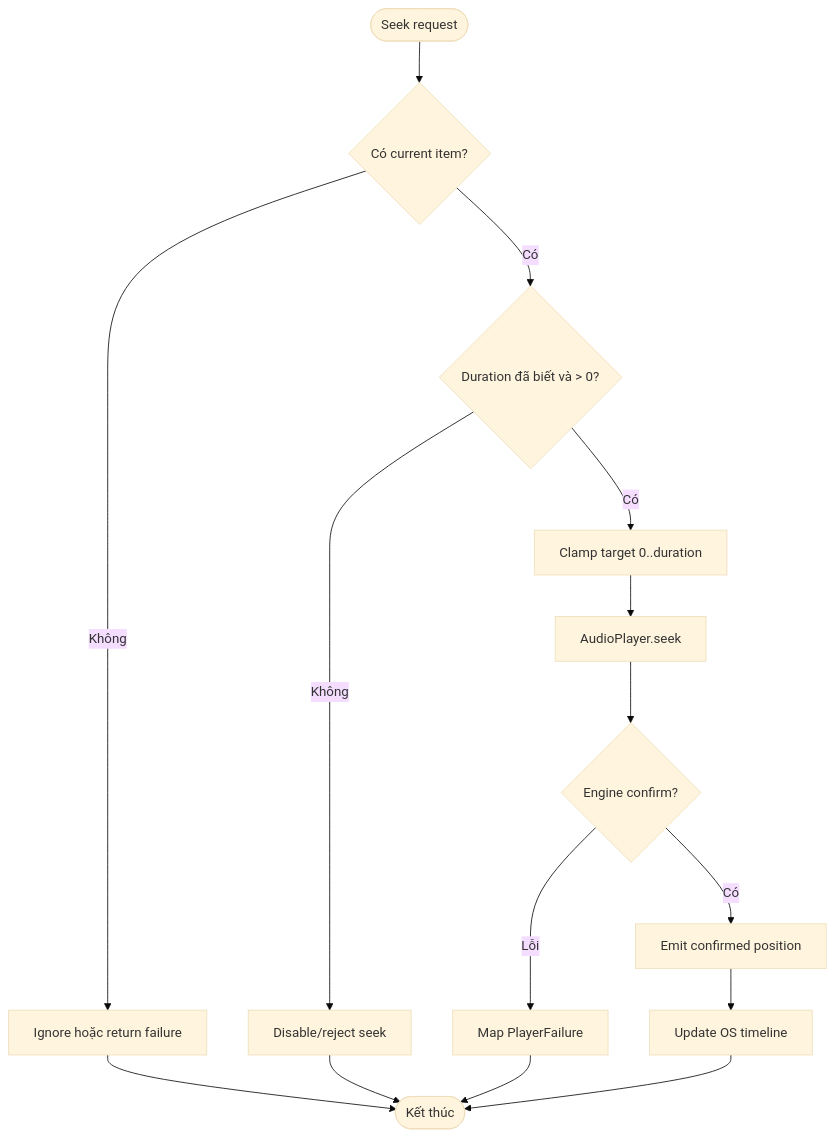
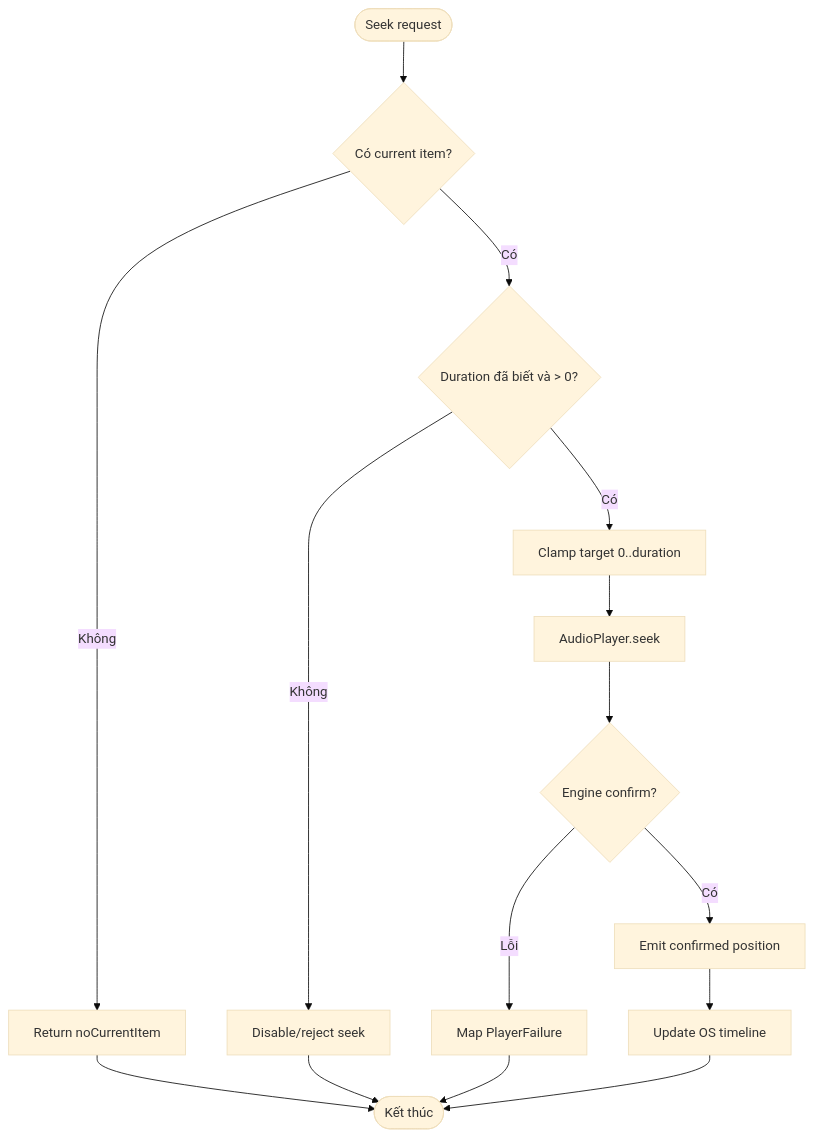
Before and after one commit to ViUniverse/ViListen: diagram 27 of 29 in docs/player-behavioral-diagrams.md, drawn with Mermaid (base theme). The commit also changed other lines of this file and 4 other files, not shown here.

````diff
--- a/docs/player-behavioral-diagrams.md
+++ b/docs/player-behavioral-diagrams.md
@@ -1092,17 +1188,17 @@
 ```mermaid
 flowchart TD
     A([Seek request]) --> B{Có current item?}
-    B -->|Không| C[Ignore hoặc return failure]
+    B -->|Không| C[Return noCurrentItem]
     B -->|Có| D{Duration đã biết và > 0?}
     D -->|Không| E[Disable/reject seek]
     D -->|Có| F[Clamp target 0..duration]
     F --> G[AudioPlayer.seek]
     G --> H{Engine confirm?}
     H -->|Có| I[Emit confirmed position]
     H -->|Lỗi| J[Map PlayerFailure]
     I --> K[Update OS timeline]
     C --> L([Kết thúc])
     E --> L
     J --> L
     K --> L
 ```
````
